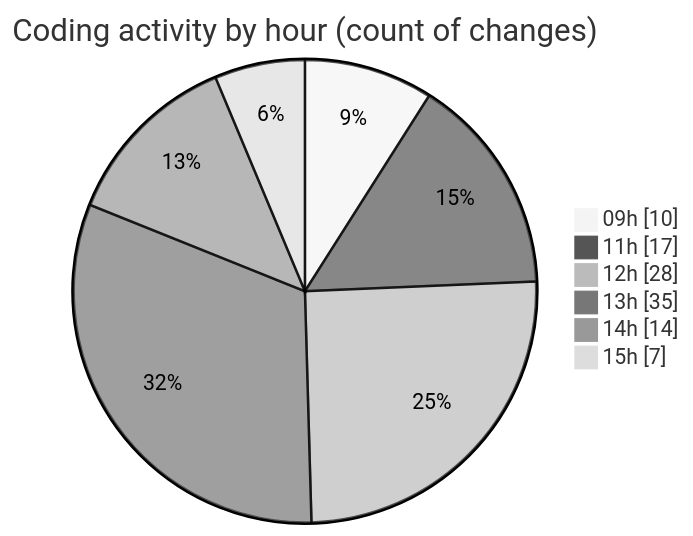
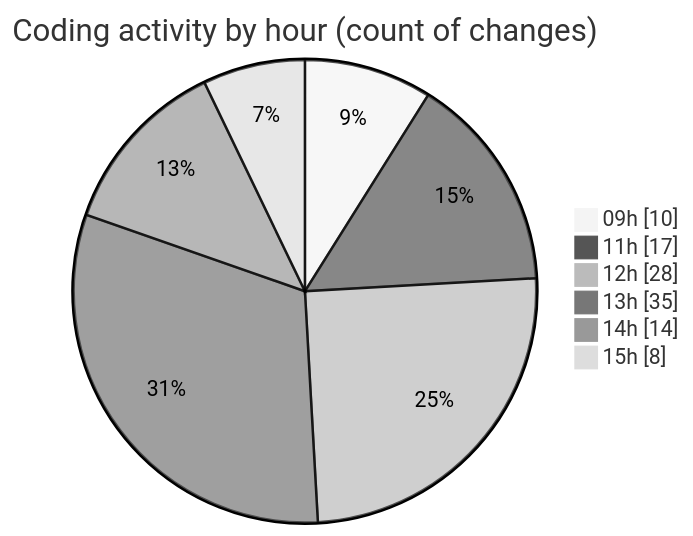
Before and after one commit to momahboobian/code-tracking: the second of 2 diagrams in 2026-05-07/cda/README.md, drawn with Mermaid (neutral theme). The commit also changed other lines of this file and 1 other file, not shown here.

````diff
--- a/2026-05-07/cda/README.md
+++ b/2026-05-07/cda/README.md
@@ -49,10 +49,10 @@
 ```mermaid
 pie showData
 title Coding activity by hour (count of changes)
 "09h" : 10
 "11h" : 17
 "12h" : 28
 "13h" : 35
 "14h" : 14
-"15h" : 7
+"15h" : 8
 ```
````
